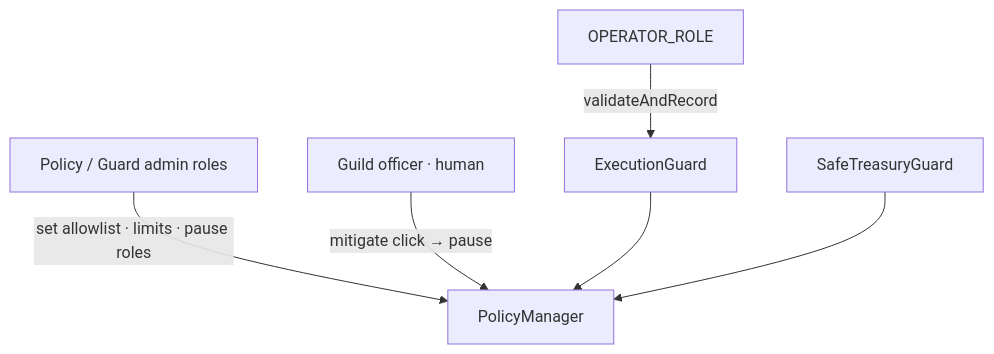
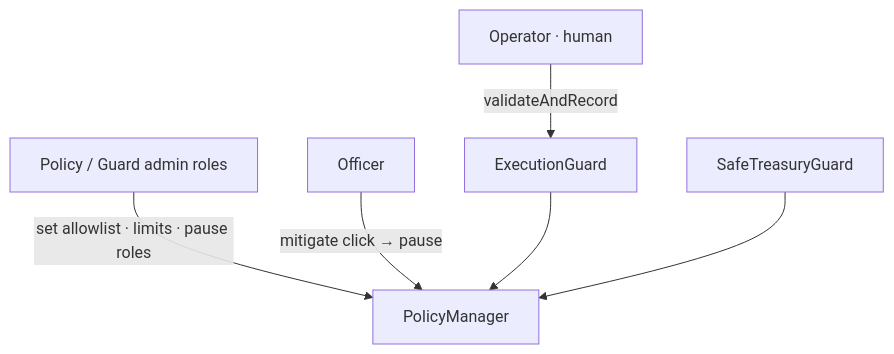
The third of 7 diagrams in docs/architecture.md (thesithunyein/arb-guardian), drawn with Mermaid before and after one commit. The commit also changed other lines of this file and 12 other files, not shown here.

````diff
--- a/docs/architecture.md
+++ b/docs/architecture.md
@@ -107,12 +107,12 @@
 ```mermaid
 flowchart TB
   Admin[Policy / Guard admin roles]
   Operator[OPERATOR_ROLE]
-  Officer[Guild officer · human]
+  Operator[Operator · human]
 
   Admin -->|set allowlist · limits · pause roles| PM[PolicyManager]
   Operator -->|validateAndRecord| EG[ExecutionGuard]
   Officer -->|mitigate click → pause| PM
   EG --> PM
   STG[SafeTreasuryGuard] --> PM
 ```
````
